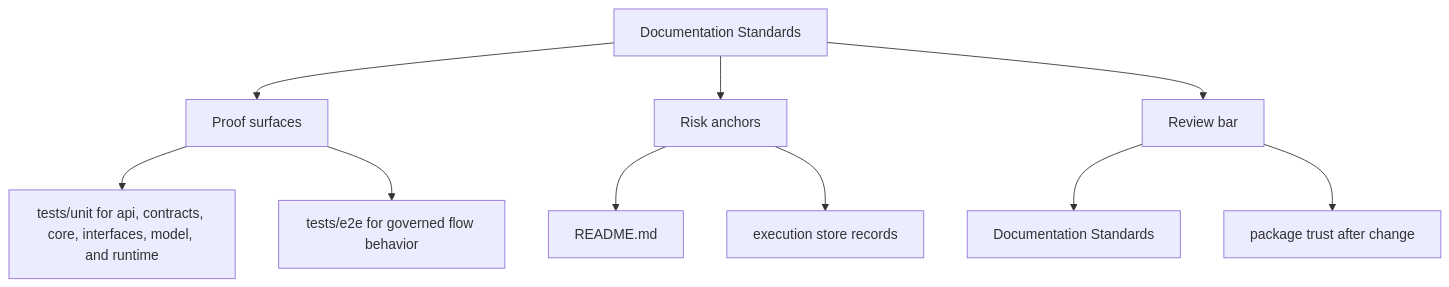
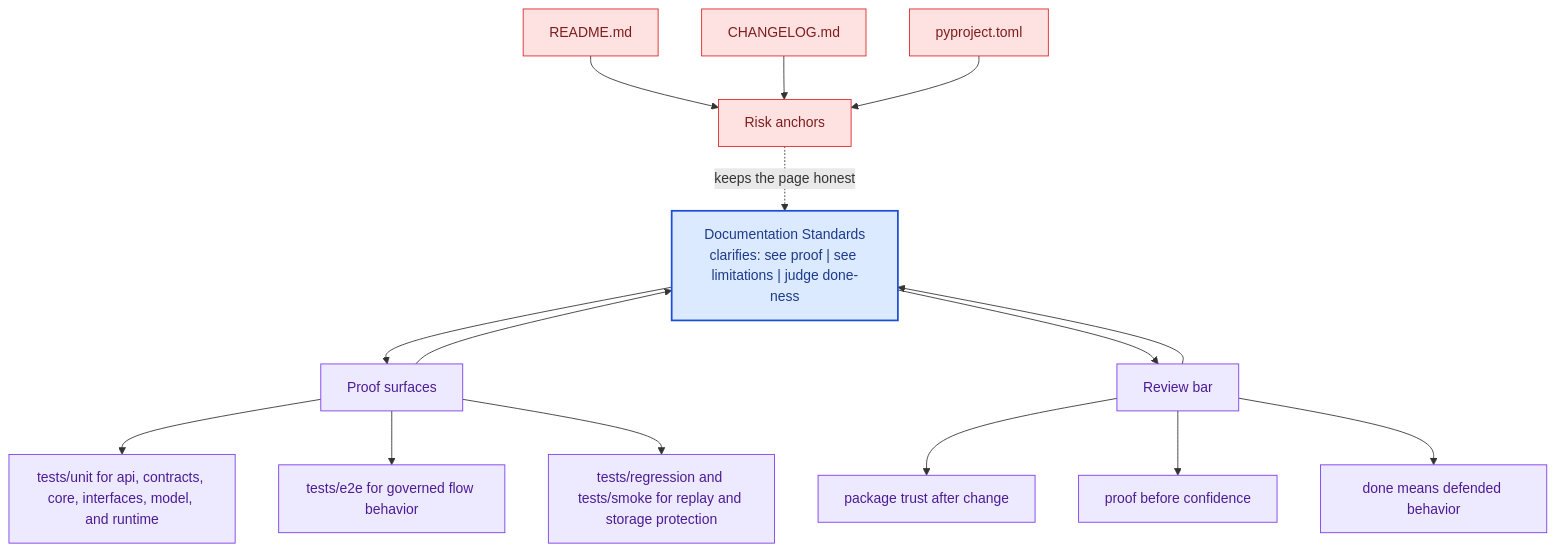
Before and after one commit to bijux/bijux-canon: the second of 2 diagrams in docs/bijux-canon-runtime/quality/documentation-standards.md, drawn with Mermaid. The commit also changed other lines of this file and 281 other files, not shown here.

Commit message:
docs(diagrams): deepen handbook mermaid maps across the catalog

````diff
--- a/docs/bijux-canon-runtime/quality/documentation-standards.md
+++ b/docs/bijux-canon-runtime/quality/documentation-standards.md
@@ -34,22 +67,41 @@
 ```mermaid
-flowchart TD
-    page["Documentation Standards"]
+flowchart TB
+    promise["Documentation Standards<br/>clarifies: see proof | see limitations | judge done-ness"]
+    classDef promise fill:#dbeafe,stroke:#1d4ed8,color:#1e3a8a,stroke-width:2px;
+    classDef driver fill:#dcfce7,stroke:#16a34a,color:#14532d;
+    classDef constraint fill:#fee2e2,stroke:#dc2626,color:#7f1d1d;
+    classDef ground fill:#ede9fe,stroke:#7c3aed,color:#4c1d95;
     focus1["Proof surfaces"]
-    page --> focus1
+    focus1 --> promise
+    promise --> focus1
     focus1_1["tests/unit for api, contracts, core, interfaces, model, and runtime"]
     focus1 --> focus1_1
     focus1_2["tests/e2e for governed flow behavior"]
     focus1 --> focus1_2
+    focus1_3["tests/regression and tests/smoke for replay and storage protection"]
+    focus1 --> focus1_3
+    class focus1 ground;
+    class focus1_1,focus1_2,focus1_3 ground;
     focus2["Risk anchors"]
-    page --> focus2
+    focus2 -.keeps the page honest.-> promise
     focus2_1["README.md"]
-    focus2 --> focus2_1
-    focus2_2["execution store records"]
-    focus2 --> focus2_2
+    focus2_1 --> focus2
+    focus2_2["CHANGELOG.md"]
+    focus2_2 --> focus2
+    focus2_3["pyproject.toml"]
+    focus2_3 --> focus2
+    class focus2 constraint;
+    class focus2_1,focus2_2,focus2_3 constraint;
     focus3["Review bar"]
-    page --> focus3
-    focus3_1["Documentation Standards"]
+    focus3 --> promise
+    promise --> focus3
+    focus3_1["package trust after change"]
     focus3 --> focus3_1
-    focus3_2["package trust after change"]
+    focus3_2["proof before confidence"]
     focus3 --> focus3_2
+    focus3_3["done means defended behavior"]
+    focus3 --> focus3_3
+    class focus3 ground;
+    class focus3_1,focus3_2,focus3_3 ground;
+    class promise promise;
 ```
````
